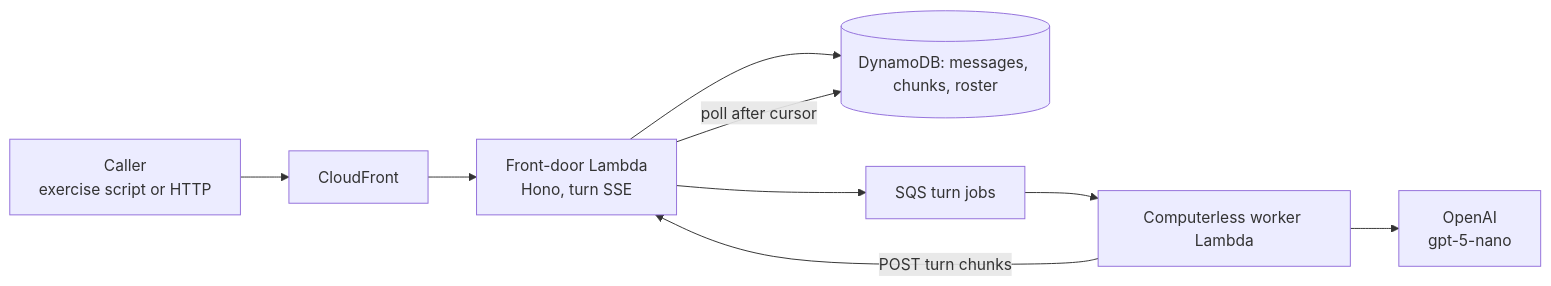
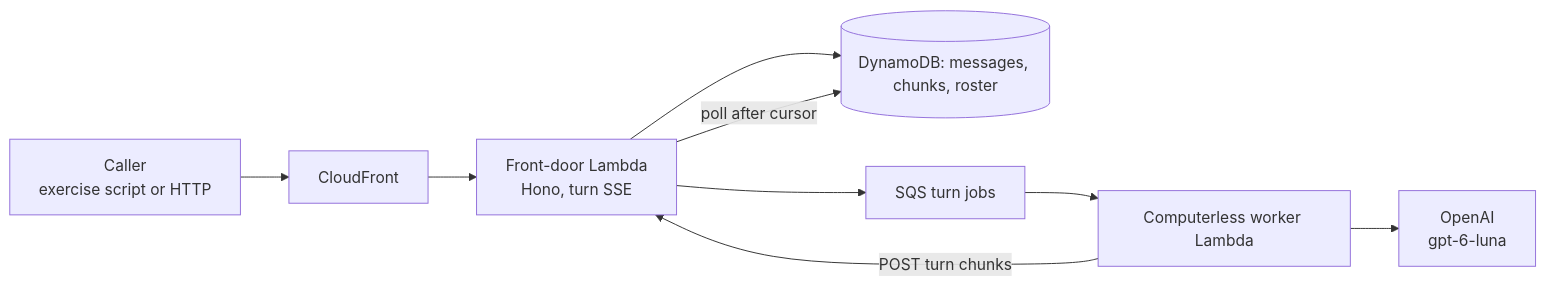
The first of 3 diagrams in README.md (AnthusAI/Chatticus), drawn with Mermaid before and after one commit. The commit also changed other lines of this file and 10 other files, not shown here.

First line of the commit message:
Run bot turns on gpt-6-luna and price model spend from one default price book

````diff
--- a/README.md
+++ b/README.md
@@ -317,18 +317,18 @@
 ```mermaid
 flowchart LR
   Caller["Caller<br/>exercise script or HTTP"]
   CF["CloudFront"]
   FD["Front-door Lambda<br/>Hono, turn SSE"]
   DDB[("DynamoDB: messages, chunks, roster")]
   SQS["SQS turn jobs"]
   W["Computerless worker Lambda"]
-  OA["OpenAI<br/>gpt-5-nano"]
+  OA["OpenAI<br/>gpt-6-luna"]
 
   Caller --> CF --> FD
   FD --> DDB
   FD --> SQS
   SQS --> W
   W --> OA
   W -->|"POST turn chunks"| FD
   FD -->|"poll after cursor"| DDB
 ```
````
